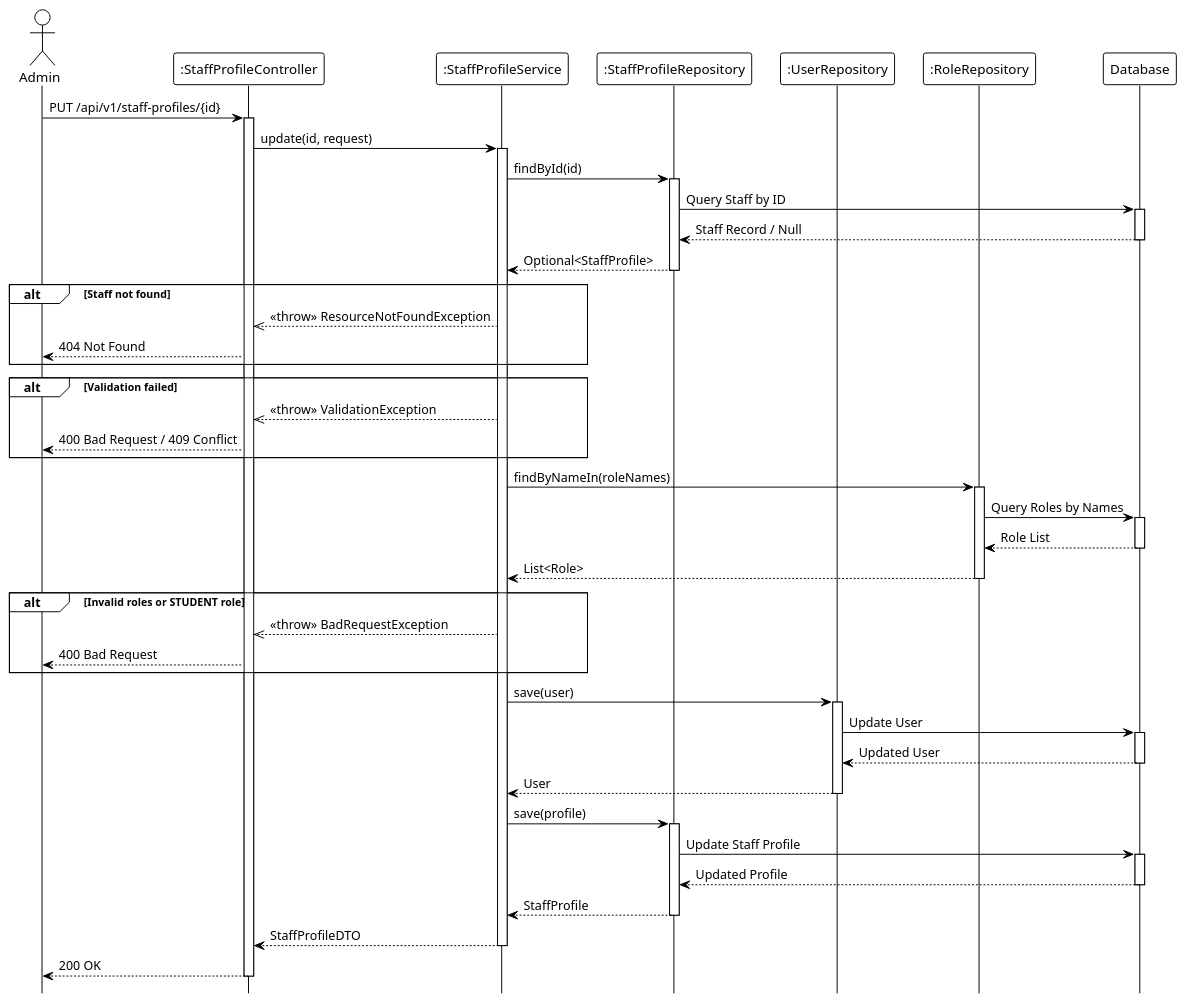
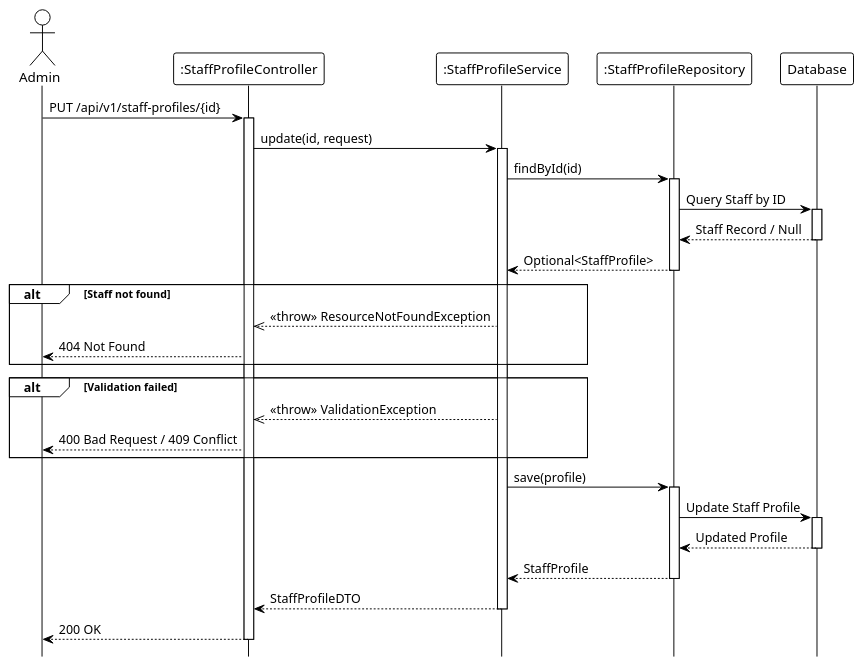
Before and after one commit to Ndh474/context: the diagram in system_detailed_design/52_update_staff/sequence_diagram_update_staff.puml, drawn with PlantUML. The commit also changed 8 other files, not shown here.

```diff
--- a/system_detailed_design/52_update_staff/sequence_diagram_update_staff.puml
+++ b/system_detailed_design/52_update_staff/sequence_diagram_update_staff.puml
@@ -1,92 +1,58 @@
 @startuml update_staff
 !theme plain
 hide footbox
 
 actor Admin
 participant ":StaffProfileController" as Controller
 participant ":StaffProfileService" as Service
-participant ":StaffProfileRepository" as StaffRepo
-participant ":UserRepository" as UserRepo
-participant ":RoleRepository" as RoleRepo
+participant ":StaffProfileRepository" as Repository
 participant "Database" as DB
 
 ' --- MAIN FLOW ---
 Admin -> Controller: PUT /api/v1/staff-profiles/{id}
 activate Controller
 
 Controller -> Service: update(id, request)
 activate Service
 
-' --- FIND EXISTING ---
-Service -> StaffRepo: findById(id)
-activate StaffRepo
+Service -> Repository: findById(id)
+activate Repository
 
-StaffRepo -> DB: Query Staff by ID
+Repository -> DB: Query Staff by ID
 activate DB
-DB --> StaffRepo: Staff Record / Null
+DB --> Repository: Staff Record / Null
 deactivate DB
 
-StaffRepo --> Service: Optional<StaffProfile>
-deactivate StaffRepo
+Repository --> Service: Optional<StaffProfile>
+deactivate Repository
 
 alt Staff not found
     Service -->> Controller: <<throw>> ResourceNotFoundException
     Controller --> Admin: 404 Not Found
 end
 
-' --- VALIDATION LOGIC ---
-' Validation logic (internal)
+' Validation logic (internal: staff code/email uniqueness, role validation)
 
 alt Validation failed
     Service -->> Controller: <<throw>> ValidationException
     Controller --> Admin: 400 Bad Request / 409 Conflict
 end
 
-' --- VALIDATE ROLES ---
-Service -> RoleRepo: findByNameIn(roleNames)
-activate RoleRepo
+Service -> Repository: save(profile)
+activate Repository
 
-RoleRepo -> DB: Query Roles by Names
+Repository -> DB: Update Staff Profile
 activate DB
-DB --> RoleRepo: Role List
+DB --> Repository: Updated Profile
 deactivate DB
 
-RoleRepo --> Service: List<Role>
-deactivate RoleRepo
-
-alt Invalid roles or STUDENT role
-    Service -->> Controller: <<throw>> BadRequestException
-    Controller --> Admin: 400 Bad Request
-end
-
-' --- UPDATE USER ---
-Service -> UserRepo: save(user)
-activate UserRepo
-
-UserRepo -> DB: Update User
-activate DB
-DB --> UserRepo: Updated User
-deactivate DB
-
-UserRepo --> Service: User
-deactivate UserRepo
-
-' --- UPDATE STAFF PROFILE ---
-Service -> StaffRepo: save(profile)
-activate StaffRepo
-
-StaffRepo -> DB: Update Staff Profile
-activate DB
-DB --> StaffRepo: Updated Profile
-deactivate DB
-
-StaffRepo --> Service: StaffProfile
-deactivate StaffRepo
+Repository --> Service: StaffProfile
+deactivate Repository
 
 Service --> Controller: StaffProfileDTO
 deactivate Service
 
 Controller --> Admin: 200 OK
 deactivate Controller
 
 @enduml
```
